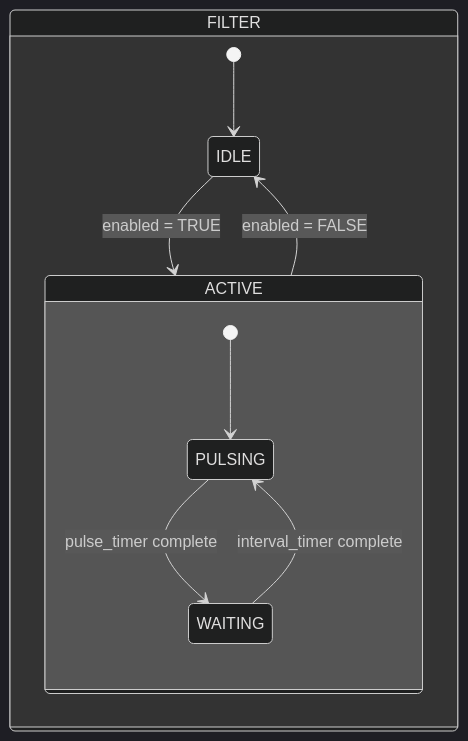
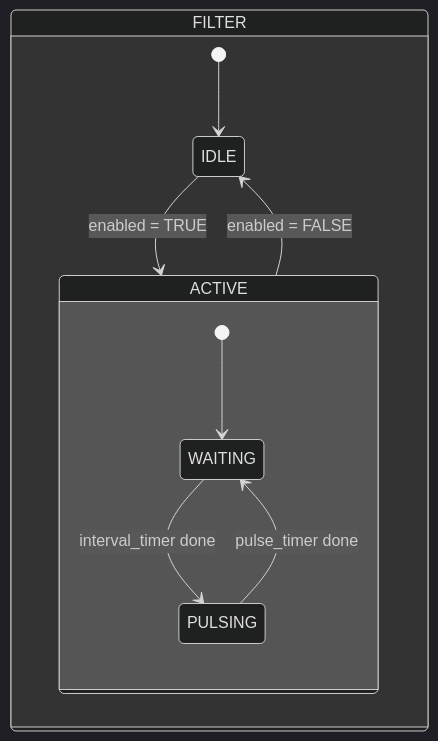
One commit to AleFire99/TIA_knowledge changed the second of 2 diagrams in docs/library/filters/1-sleeve/index.en.md. Above: the diagram before and after it, drawn with Mermaid (dark theme). The commit also changed other lines of this file and 31 other files, not shown here.

````diff
--- a/docs/library/filters/1-sleeve/index.en.md
+++ b/docs/library/filters/1-sleeve/index.en.md
@@ -86,20 +86,16 @@
 ```mermaid
 stateDiagram-v2
-	
-	state FILTER{
-    [*] --> IDLE
+    state FILTER {
+        [*] --> IDLE
 
-    IDLE --> ACTIVE: enabled = TRUE
-    
-    state ACTIVE{
-    
-    [*] --> PULSING
-    
-	    PULSING --> WAITING: pulse_timer complete
-	    
-	    WAITING --> PULSING: interval_timer complete
-    
-    }
-    ACTIVE --> IDLE: enabled = FALSE
-	}
+        IDLE --> ACTIVE : enabled = TRUE
+
+        state ACTIVE {
+            [*] --> WAITING
+            WAITING --> PULSING : interval_timer done
+            PULSING --> WAITING : pulse_timer done
+        }
+
+        ACTIVE --> IDLE : enabled = FALSE
+    }
 ```
````
